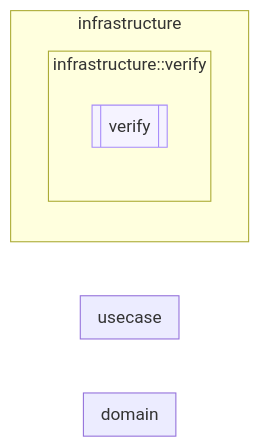
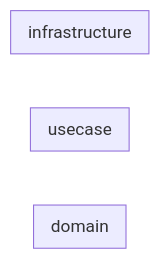
The diagram in track/items/codex-orchestrator-settings-addition-2026-06-13/contract-map.md (Flip451/SoTOHE-core), drawn with Mermaid before and after one commit. The commit also changed 60 other files, not shown here.

First line of the commit message:
Add Codex root-orchestrator surface; remove verify-orchestra (provide-not-enforce)

````diff
--- a/track/items/codex-orchestrator-settings-addition-2026-06-13/contract-map.md
+++ b/track/items/codex-orchestrator-settings-addition-2026-06-13/contract-map.md
@@ -2,40 +2,34 @@
 ```mermaid
 flowchart LR
 classDef aggregate_root fill:#ede9fe,stroke:#4c1d95,stroke-width:2px
 classDef app_service fill:#ecfdf5,stroke:#059669,stroke-width:2px
 classDef command fill:#fff7ed,stroke:#c2410c,stroke-width:1px
 classDef domain_service fill:#fee2e2,stroke:#991b1b,stroke-width:1px
 classDef dto fill:#f8fafc,stroke:#64748b,stroke-width:1px
 classDef entity fill:#dbeafe,stroke:#1e40af,stroke-width:2px
 classDef error_type fill:#fef2f2,stroke:#b91c1c,stroke-width:1px,stroke-dasharray:4 2
 classDef factory fill:#e0f2fe,stroke:#0369a1,stroke-width:1px
 classDef free_function fill:#f5f3ff,stroke:#7c3aed,stroke-width:1px
 classDef function_node fill:#f5f3ff,stroke:#a78bfa,stroke-width:1px
 classDef interactor fill:#f0fdfa,stroke:#0d9488,stroke-width:1px
 classDef method_node fill:#f8fafc,stroke:#cbd5e1,stroke-width:1px
 classDef query fill:#f0f9ff,stroke:#0369a1,stroke-width:1px
 classDef secondary_adapter fill:#fafaf9,stroke:#57534e,stroke-width:1px
 classDef secondary_port fill:#fafaf9,stroke:#78716c,stroke-width:1px,stroke-dasharray:4 2
 classDef specification fill:#fdf4ff,stroke:#6b21a8,stroke-width:1px
 classDef specification_port fill:#fdf4ff,stroke:#9333ea,stroke-width:1px,stroke-dasharray:4 2
 classDef typestate_overlay stroke:#dc2626,stroke-width:3px
 classDef use_case fill:#ecfeff,stroke:#0e7490,stroke-width:1px
 classDef use_case_function fill:#eef2ff,stroke:#4338ca,stroke-width:1px
 classDef value_object fill:#d1fae5,stroke:#065f46,stroke-width:1px
 classDef variant_node fill:#fafaf9,stroke:#d6d3d1,stroke-width:1px
 subgraph domain["domain"]
   direction TB
 end
 subgraph usecase["usecase"]
   direction TB
 end
 subgraph infrastructure["infrastructure"]
   direction TB
-  subgraph infrastructure_infrastructure_module_verify["infrastructure::verify"]
-    direction TB
-  F71_infrastructure_infrastructure_infrastructure__verify__orchestra__verify[[verify]]
-  end
 end
-class F71_infrastructure_infrastructure_infrastructure__verify__orchestra__verify free_function
-class F71_infrastructure_infrastructure_infrastructure__verify__orchestra__verify function_node
 ```
````
